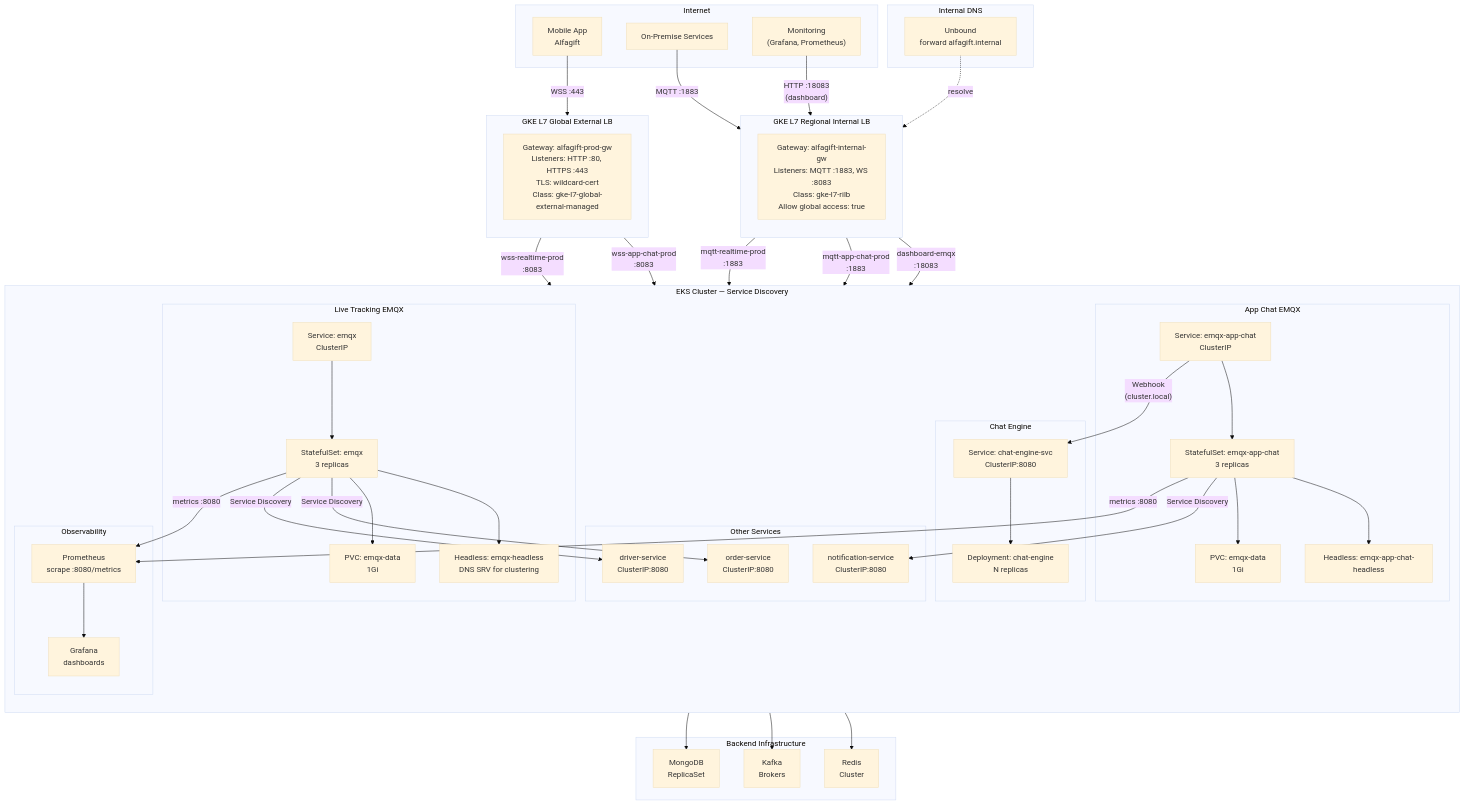
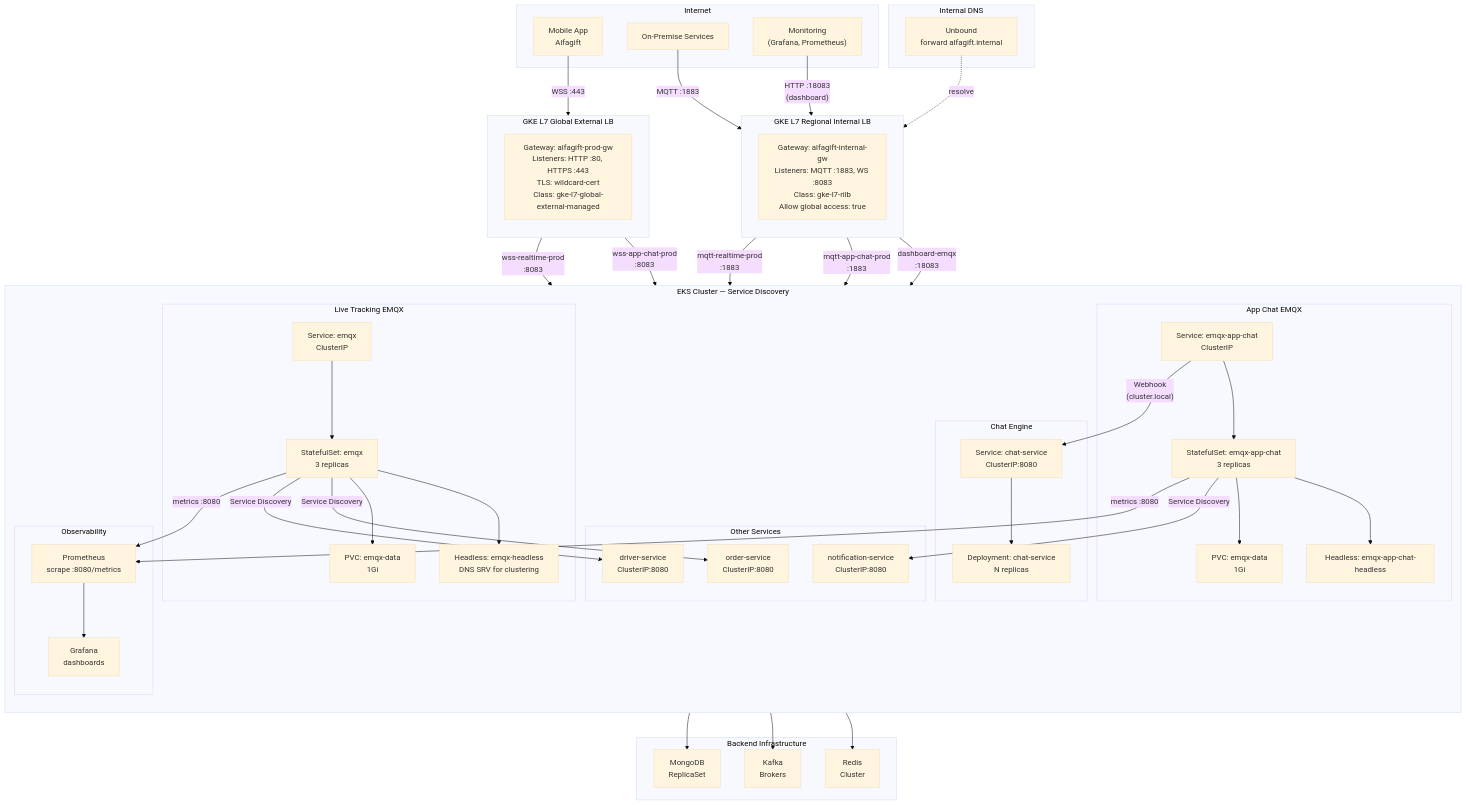
One commit to ahmadnurhidayat/docs changed the fifth of 5 diagrams in src/content/docs/04-conferences/kcd-indonesia-2026/presentation-draft.md. Above: the diagram before and after it, drawn with Mermaid (base theme). The commit also changed other lines of this file and 1 other file, not shown here.

Commit message:
feat(kcd-indonesia-2026): rename chat-engine service to chat-service
- Rename chat-engine-svc to chat-service in CFP submission diagram
- Rename chat-engine-svc to chat-service in presentation draft architecture diagram
- Update Chat Engine Service participant label to Chat Service in sequence diagram
- Rename chat-engine deployment to chat-service in presentation draft deployment diagram
- Standardize service naming across all conference documentation for consistency

```diff
--- a/src/content/docs/04-conferences/kcd-indonesia-2026/presentation-draft.md
+++ b/src/content/docs/04-conferences/kcd-indonesia-2026/presentation-draft.md
@@ -349,8 +349,8 @@
         end
 
         subgraph CHAT_ENGINE["Chat Engine"]
-            CE_SVC["Service: chat-engine-svc<br/>ClusterIP:8080"]
-            CE_DEP["Deployment: chat-engine<br/>N replicas"]
+            CE_SVC["Service: chat-service<br/>ClusterIP:8080"]
+            CE_DEP["Deployment: chat-service<br/>N replicas"]
         end
 
         subgraph OTHER_SVCS["Other Services"]
```
